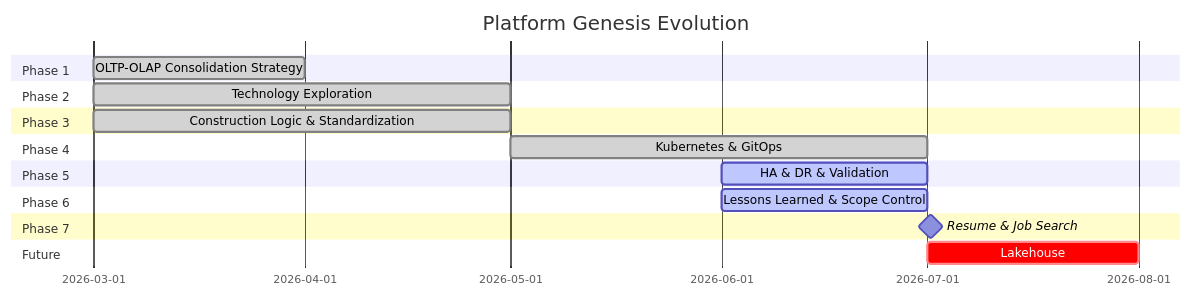
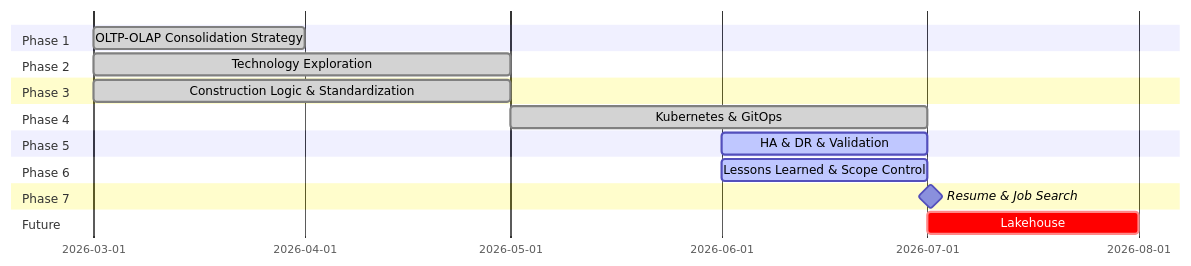
One commit to Junwu0615/Platform-Genesis changed the diagram in README.md. Above: the diagram before and after it, drawn with Mermaid. The commit also changed other lines of this file and 1 other file, not shown here.

Commit message:
update somethings

````diff
--- a/README.md
+++ b/README.md
@@ -10,30 +10,28 @@
 ```mermaid
 gantt
-    title Platform Genesis Evolution
-
     dateFormat YYYY-MM
 
     section Phase 1
     OLTP-OLAP Consolidation Strategy            :done, a1, 2026-03, 1M
 
     section Phase 2
     Technology Exploration                      :done, a2, 2026-03, 2M
 
     section Phase 3
     Construction Logic & Standardization        :done, a3, 2026-03, 2M
 
     section Phase 4
     Kubernetes & GitOps                         :done, a4, 2026-05, 2M
 
     section Phase 5
     HA & DR & Validation                        :active, a5, 2026-06, 1M
 
     section Phase 6
     Lessons Learned & Scope Control             :active, a6, 2026-06, 1M
 
     section Phase 7
     Resume & Job Search                         :milestone, a7, 2026-07, 1d
 
     section Future
     Lakehouse                                   :crit, a8, 2026-07, 1M
 ```
````
